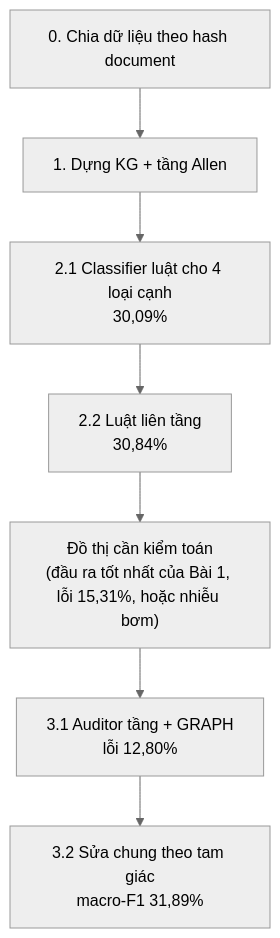
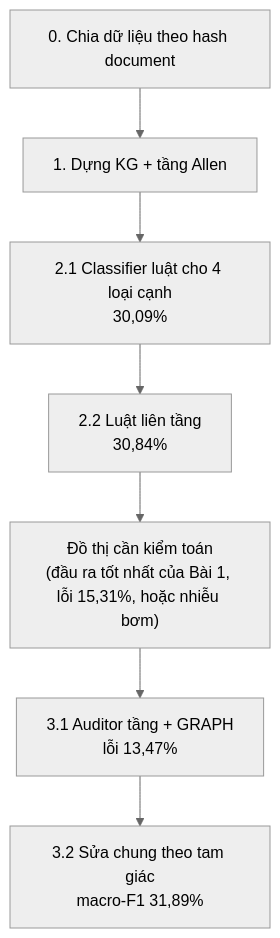
Before and after one commit to Pigeon102/TempEKG: the sixth of 6 diagrams in report/TEMPEKG_KIEN_TRUC.md, drawn with Mermaid (neutral theme). The commit also changed other lines of this file and 334 other files, not shown here.

````diff
--- a/report/TEMPEKG_KIEN_TRUC.md
+++ b/report/TEMPEKG_KIEN_TRUC.md
@@ -246,9 +248,9 @@
 ```mermaid
 flowchart TB
     S0["0. Chia dữ liệu theo hash document"] --> S1["1. Dựng KG + tầng Allen"]
     S1 --> S21["2.1 Classifier luật cho 4 loại cạnh<br/>30,09%"]
     S21 --> S22["2.2 Luật liên tầng<br/>30,84%"]
     S22 --> N["Đồ thị cần kiểm toán<br/>(đầu ra tốt nhất của Bài 1, lỗi 15,31%, hoặc nhiễu bơm)"]
-    N --> S31["3.1 Auditor tầng + GRAPH<br/>lỗi 12,80%"]
+    N --> S31["3.1 Auditor tầng + GRAPH<br/>lỗi 13,47%"]
     S31 --> S32["3.2 Sửa chung theo tam giác<br/>macro-F1 31,89%"]
 ```
````
